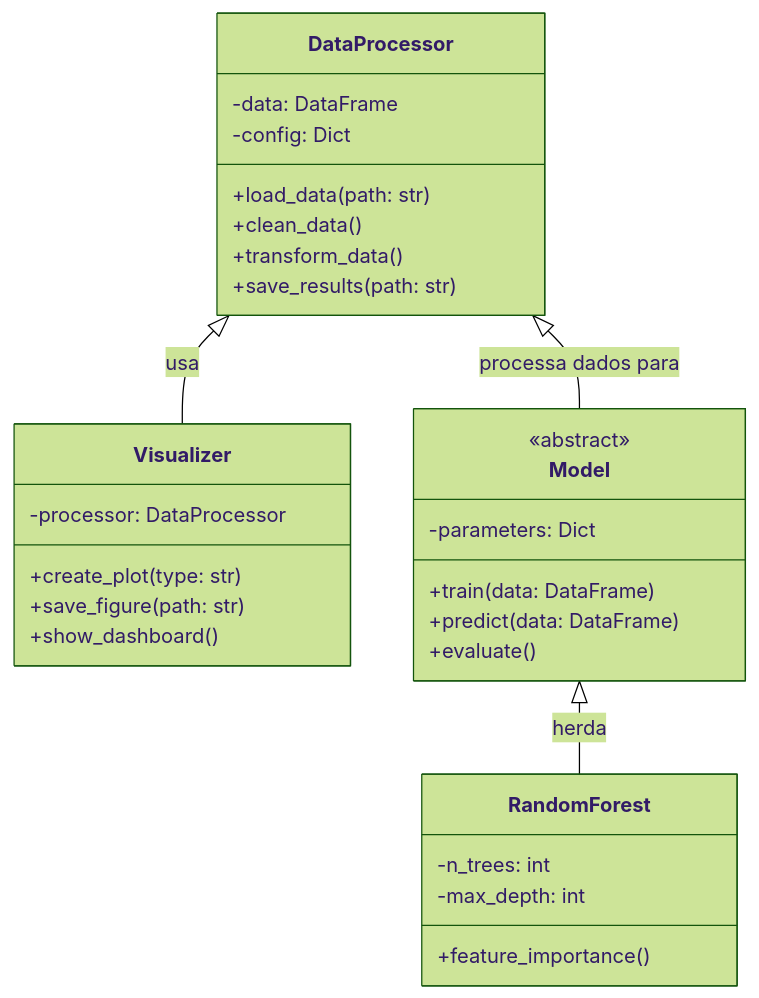
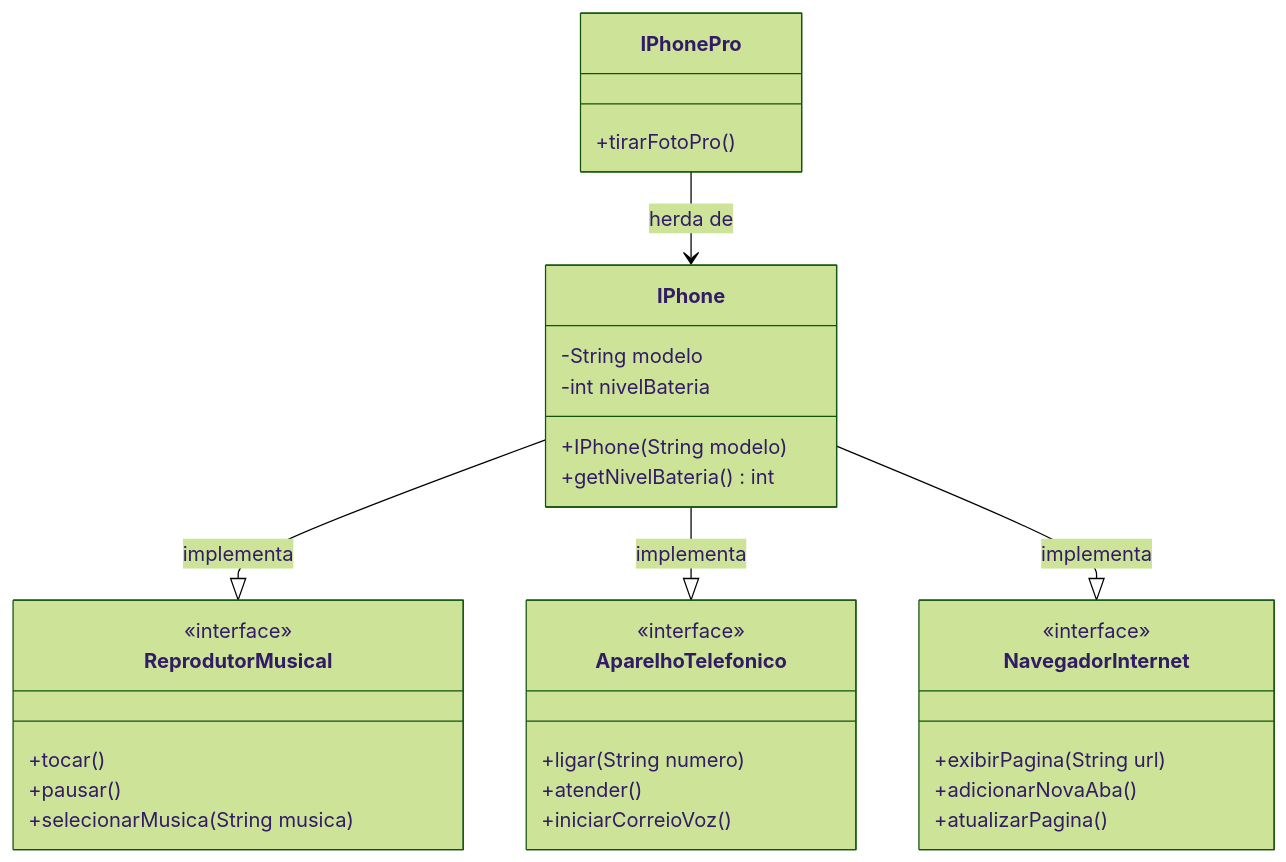
Before and after one commit to ctadeu-dev/dio-poo-desafio-func-iphone: the diagram in README.md, drawn with Mermaid (forest theme).

Commit message:
DIO - Desafio de Código - POO

````diff
--- a/README.md
+++ b/README.md
@@ -86,37 +86,43 @@
 ```mermaid
 
 classDiagram
-    class DataProcessor {
-        -data: DataFrame
-        -config: Dict
-        +load_data(path: str)
-        +clean_data()
-        +transform_data()
-        +save_results(path: str)
+
+    class IPhone {
+        -String modelo
+        -int nivelBateria
+        +IPhone(String modelo)
+        +getNivelBateria() int
     }
+
+    class ReprodutorMusical {
+        <<interface>>
+        +tocar()
+        +pausar()
+        +selecionarMusica(String musica)
+    }
+
+    class AparelhoTelefonico {
+        <<interface>>
+        +ligar(String numero)
+        +atender()
+        +iniciarCorreioVoz()
+    }
+
+    class NavegadorInternet {
+        <<interface>>
+        +exibirPagina(String url)
+        +adicionarNovaAba()
+        +atualizarPagina()
+    }
+
+    class IPhonePro {
+        +tirarFotoPro()
+    }
+
+    %% Relacionamentos
+    IPhone --|> ReprodutorMusical : implementa
+    IPhone --|> AparelhoTelefonico : implementa
+    IPhone --|> NavegadorInternet : implementa
+    IPhonePro --> IPhone : herda de
     
-    class Visualizer {
-        -processor: DataProcessor
-        +create_plot(type: str)
-        +save_figure(path: str)
-        +show_dashboard()
-    }
-    
-    class Model {
-        <<abstract>>
-        -parameters: Dict
-        +train(data: DataFrame)
-        +predict(data: DataFrame)
-        +evaluate()
-    }
-    
-    class RandomForest {
-        -n_trees: int
-        -max_depth: int
-        +feature_importance()
-    }
-    
-    DataProcessor <|-- Visualizer : usa
-    Model <|-- RandomForest : herda
-    DataProcessor <|-- Model : processa dados para
 ```
````
